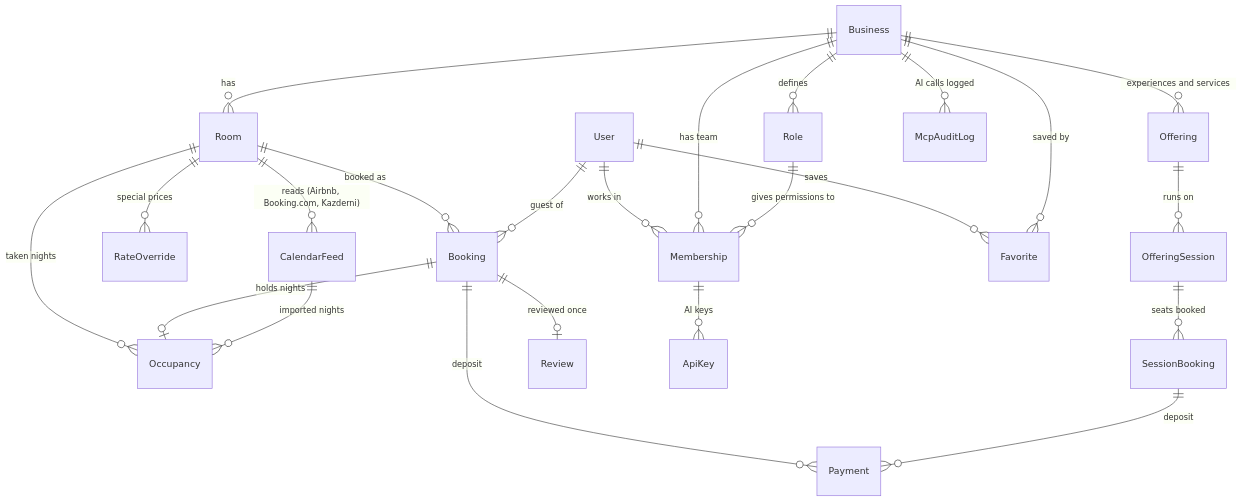
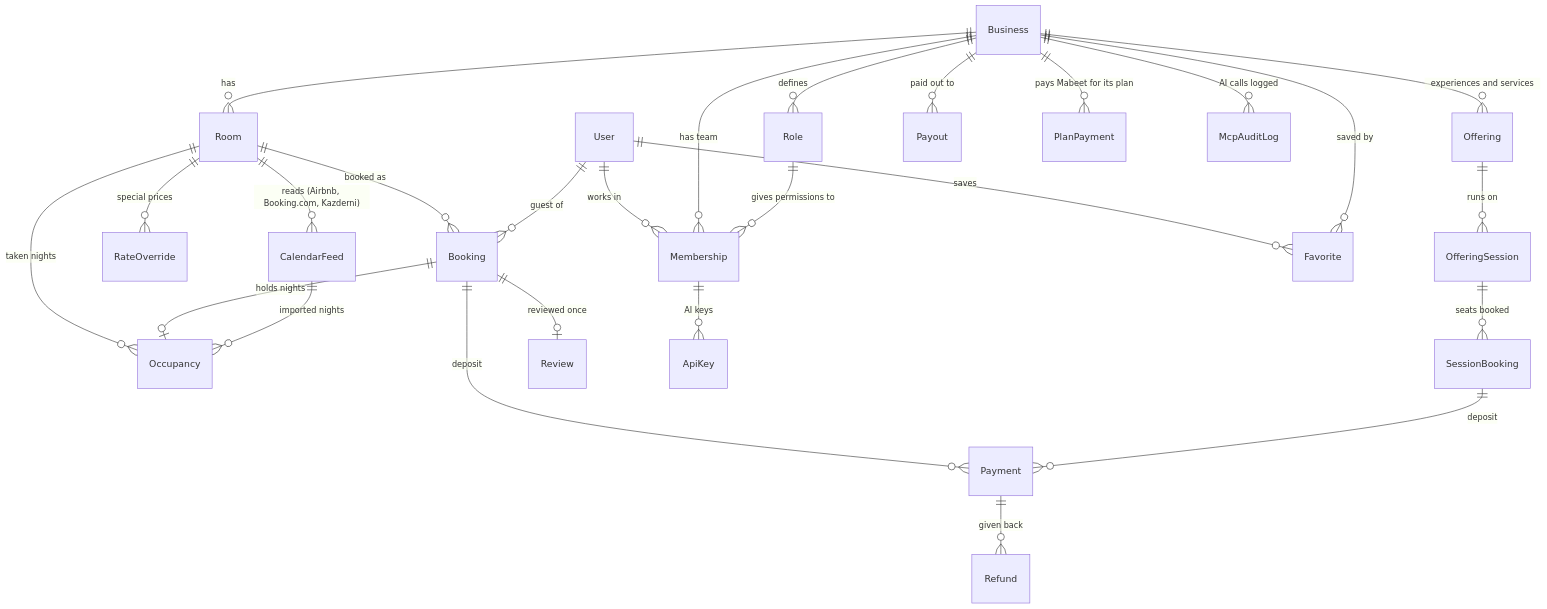
One commit to WouroudElKhaldi/mabeet_personal changed the diagram in docs/data-model.md. Above: the diagram before and after it, drawn with Mermaid. The commit also changed other lines of this file and 77 other files, not shown here.

````diff
--- a/docs/data-model.md
+++ b/docs/data-model.md
@@ -8,29 +8,32 @@
 ```mermaid
 erDiagram
   User ||--o{ Membership : "works in"
   Business ||--o{ Membership : "has team"
   Role ||--o{ Membership : "gives permissions to"
   Business ||--o{ Role : defines
 
   Business ||--o{ Room : has
   Room ||--o{ RateOverride : "special prices"
   Room ||--o{ CalendarFeed : "reads (Airbnb, Booking.com, Kazderni)"
   Room ||--o{ Occupancy : "taken nights"
   Booking ||--o| Occupancy : "holds nights"
   CalendarFeed ||--o{ Occupancy : "imported nights"
   Room ||--o{ Booking : "booked as"
 
   Business ||--o{ Offering : "experiences and services"
   Offering ||--o{ OfferingSession : "runs on"
   OfferingSession ||--o{ SessionBooking : "seats booked"
 
   Booking ||--o{ Payment : "deposit"
   SessionBooking ||--o{ Payment : "deposit"
+  Payment ||--o{ Refund : "given back"
+  Business ||--o{ Payout : "paid out to"
+  Business ||--o{ PlanPayment : "pays Mabeet for its plan"
   Booking ||--o| Review : "reviewed once"
   User ||--o{ Booking : "guest of"
   User ||--o{ Favorite : saves
   Business ||--o{ Favorite : "saved by"
 
   Membership ||--o{ ApiKey : "AI keys"
   Business ||--o{ McpAuditLog : "AI calls logged"
 ```
````
